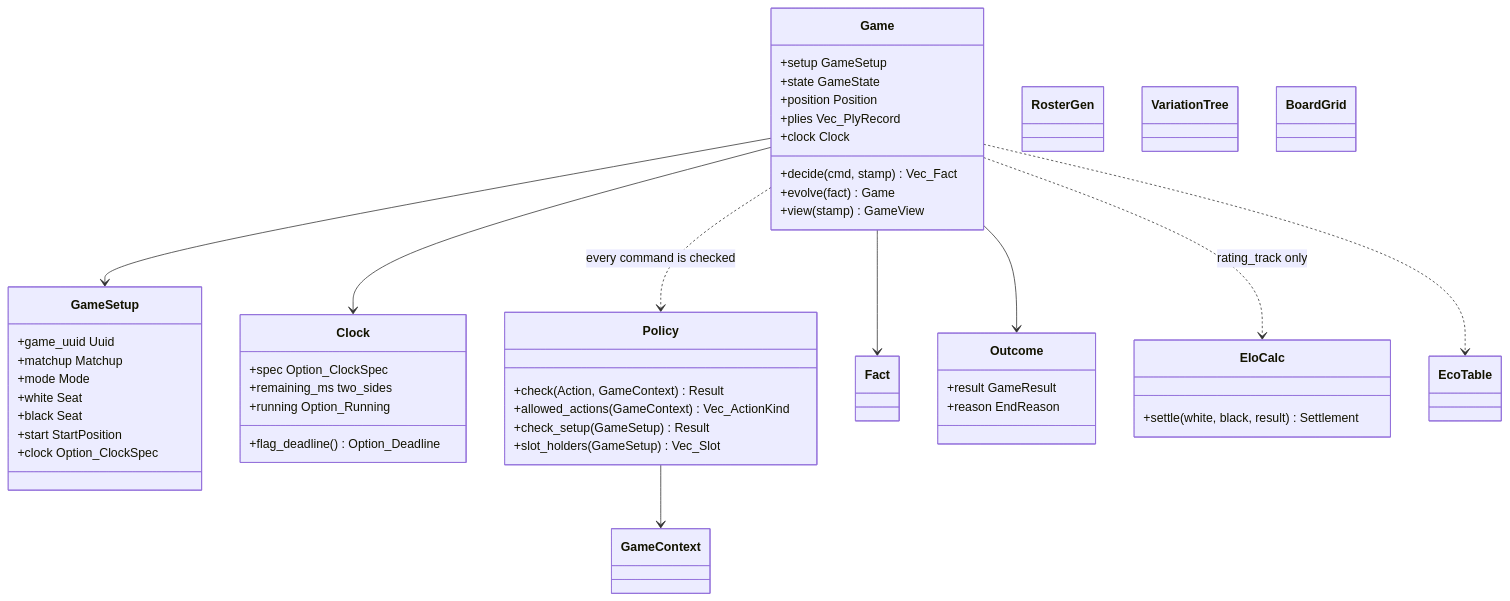
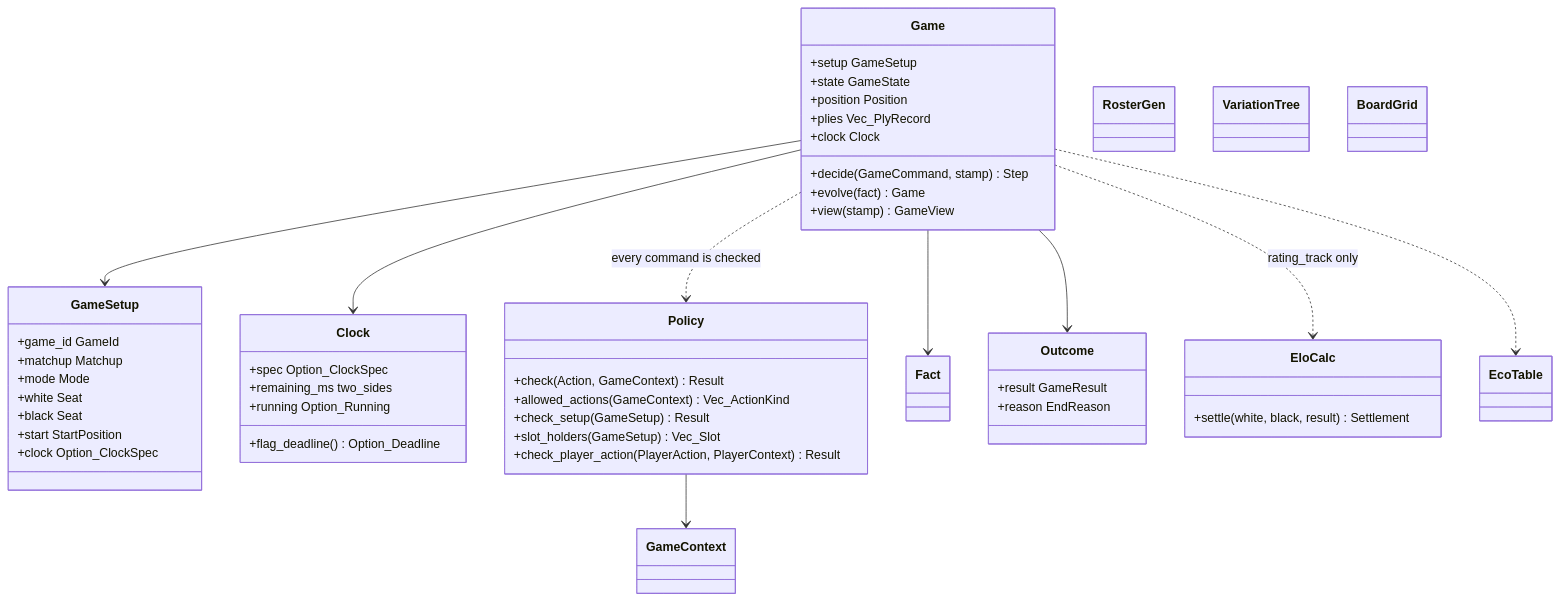
One commit to bprascher/chess changed the third of 8 diagrams in docs/design/SDD-chess-domain.md. Above: the diagram before and after it, drawn with Mermaid. The commit also changed other lines of this file and 17 other files, not shown here.

First line of the commit message:
Apply architecture addendum B and C to the SDDs and add the v0.4 consistency pass

````diff
--- a/docs/design/SDD-chess-domain.md
+++ b/docs/design/SDD-chess-domain.md
@@ -184,55 +199,56 @@
 ```mermaid
 classDiagram
     class Game {
       +setup GameSetup
       +state GameState
       +position Position
       +plies Vec_PlyRecord
       +clock Clock
-      +decide(cmd, stamp) Vec_Fact
+      +decide(GameCommand, stamp) Step
       +evolve(fact) Game
       +view(stamp) GameView
     }
     class GameSetup {
-      +game_uuid Uuid
+      +game_id GameId
       +matchup Matchup
       +mode Mode
       +white Seat
       +black Seat
       +start StartPosition
       +clock Option_ClockSpec
     }
     class Clock {
       +spec Option_ClockSpec
       +remaining_ms two_sides
       +running Option_Running
       +flag_deadline() Option_Deadline
     }
     class Policy {
       +check(Action, GameContext) Result
       +allowed_actions(GameContext) Vec_ActionKind
       +check_setup(GameSetup) Result
       +slot_holders(GameSetup) Vec_Slot
+      +check_player_action(PlayerAction, PlayerContext) Result
     }
     class GameContext
     class Fact
     class Outcome {
       +result GameResult
       +reason EndReason
     }
     class EloCalc {
       +settle(white, black, result) Settlement
     }
     class RosterGen
     class EcoTable
     class VariationTree
     class BoardGrid
     Game --> GameSetup
     Game --> Clock
     Game --> Fact
     Game --> Outcome
     Game ..> Policy : every command is checked
     Policy --> GameContext
     Game ..> EcoTable
     Game ..> EloCalc : rating_track only
 ```
````
